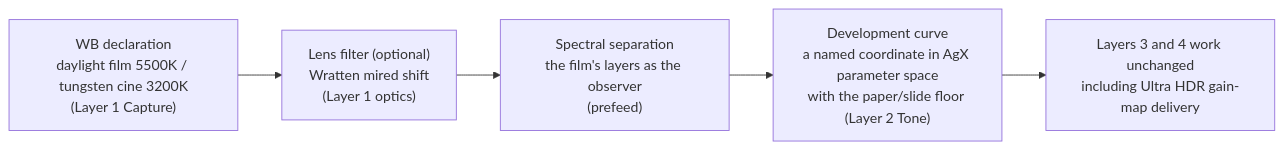
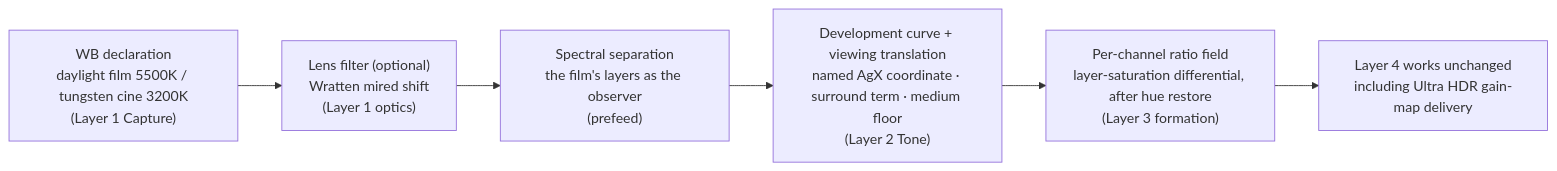
Before and after one commit to deadwood1998/dngscan: the third of 3 diagrams in docs/ARCHITECTURE.md, drawn with Mermaid. The commit also changed other lines of this file and 5 other files, not shown here.

````diff
--- a/docs/ARCHITECTURE.md
+++ b/docs/ARCHITECTURE.md
@@ -821,9 +878,10 @@
 ```mermaid
 flowchart LR
     D1["WB declaration<br/>daylight film 5500K / tungsten cine 3200K<br/>(Layer 1 Capture)"]
     D2["Lens filter (optional)<br/>Wratten mired shift<br/>(Layer 1 optics)"]
     D3["Spectral separation<br/>the film's layers as the observer<br/>(prefeed)"]
-    D4["Development curve<br/>a named coordinate in AgX parameter space<br/>with the paper/slide floor (Layer 2 Tone)"]
-    D1 --> D2 --> D3 --> D4
-    D4 --> OUT["Layers 3 and 4 work unchanged<br/>including Ultra HDR gain-map delivery"]
+    D4["Development curve + viewing translation<br/>named AgX coordinate · surround term · medium floor<br/>(Layer 2 Tone)"]
+    D5["Per-channel ratio field<br/>layer-saturation differential, after hue restore<br/>(Layer 3 formation)"]
+    D1 --> D2 --> D3 --> D4 --> D5
+    D5 --> OUT["Layer 4 works unchanged<br/>including Ultra HDR gain-map delivery"]
 ```
````
